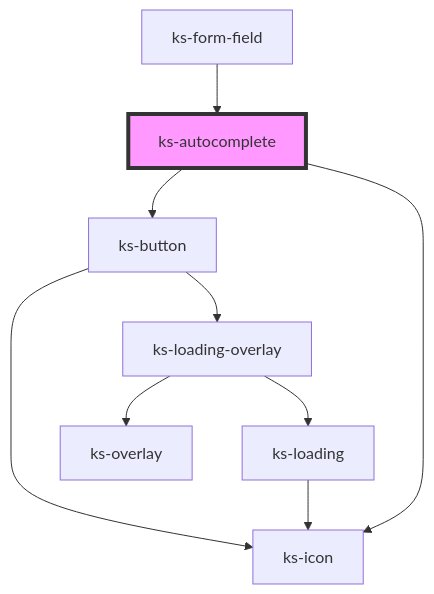
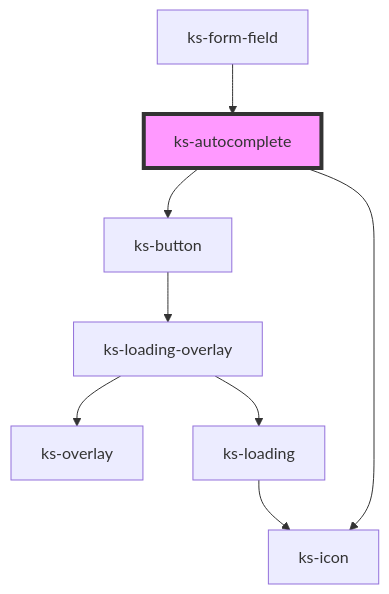
The diagram in src/scripts/components/form-field/autocomplete/readme.md (kickstand-ui/kickstand-ui), drawn with Mermaid before and after one commit. The commit also changed 26 other files, not shown here.

Commit message:
remove icon from button

````diff
--- a/src/scripts/components/form-field/autocomplete/readme.md
+++ b/src/scripts/components/form-field/autocomplete/readme.md
@@ -52,12 +52,11 @@
 ```mermaid
 graph TD;
   ks-autocomplete --> ks-button
   ks-autocomplete --> ks-icon
-  ks-button --> ks-icon
   ks-button --> ks-loading-overlay
   ks-loading-overlay --> ks-overlay
   ks-loading-overlay --> ks-loading
   ks-loading --> ks-icon
   ks-form-field --> ks-autocomplete
   style ks-autocomplete fill:#f9f,stroke:#333,stroke-width:4px
 ```
````
